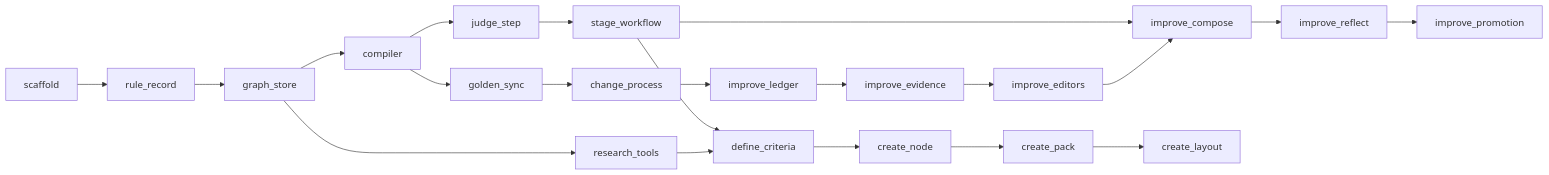
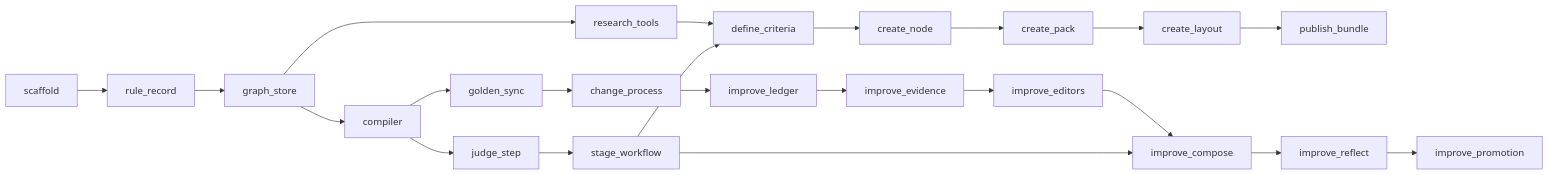
The diagram in docs/plans/2026-10-24-harness-plan.md (Ronitron007/product-eval-harness), drawn with Mermaid before and after one commit. The commit also changed other lines of this file and 8 other files, not shown here.

````diff
--- a/docs/plans/2026-10-24-harness-plan.md
+++ b/docs/plans/2026-10-24-harness-plan.md
@@ -19,11 +19,11 @@
 ```mermaid
 flowchart LR
   S[scaffold] --> RR[rule_record] --> GS[graph_store] --> CO[compiler] --> JS[judge_step] --> SW[stage_workflow]
   GS --> RT[research_tools]
   SW --> DC[define_criteria]
   SW --> IC
   RT --> DC
-  DC --> CN[create_node] --> CP[create_pack] --> CL[create_layout]
+  DC --> CN[create_node] --> CP[create_pack] --> CL[create_layout] --> PB[publish_bundle]
   CO --> GD[golden_sync] --> CH[change_process]
   CH --> IL[improve_ledger] --> IE[improve_evidence] --> IV[improve_editors] --> IC[improve_compose] --> IR[improve_reflect] --> IP[improve_promotion]
 ```
````
